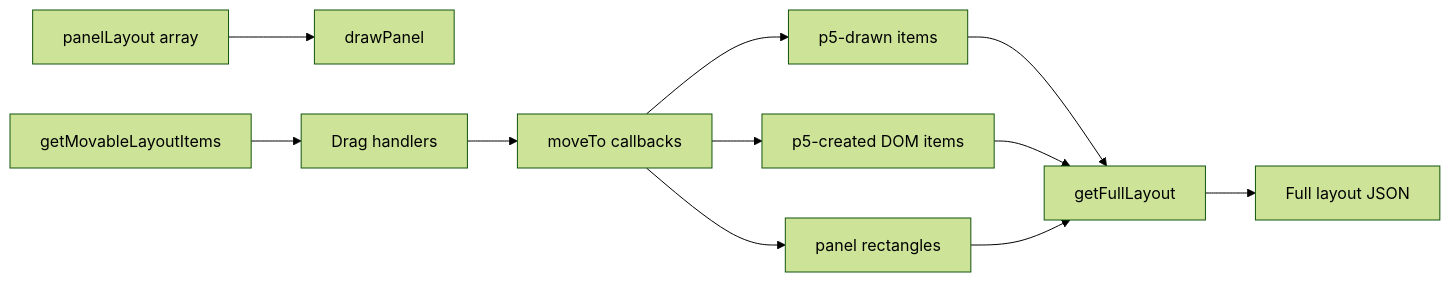
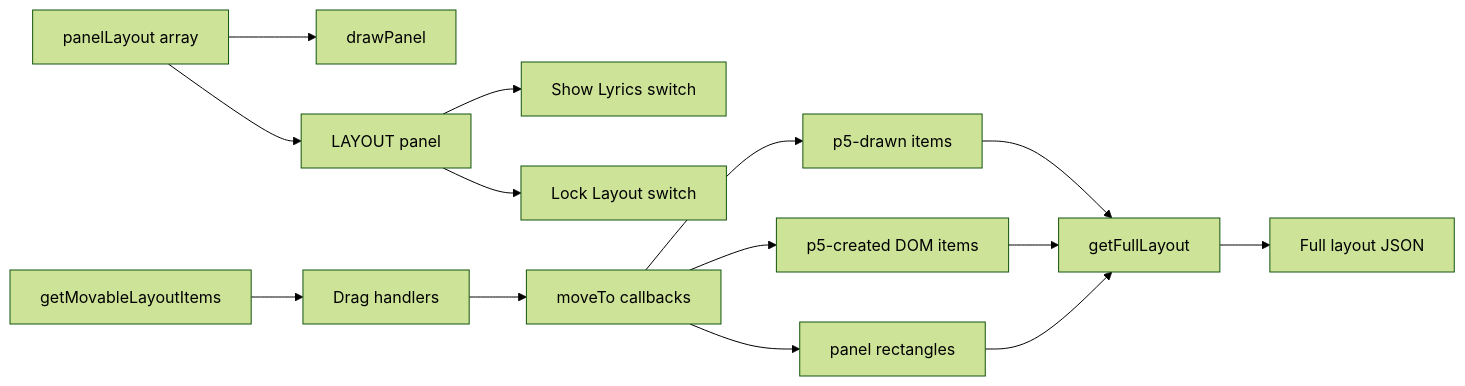
The ninth of 11 diagrams in doc/diagrams.md (Leorivasc/neon_deck), drawn with Mermaid (forest theme) before and after one commit. The commit also changed other lines of this file and 2 other files, not shown here.

````diff
--- a/doc/diagrams.md
+++ b/doc/diagrams.md
@@ -193,14 +214,17 @@
 ```mermaid
 flowchart LR
     PanelLayout[panelLayout array] --> DrawPanels[drawPanel]
+    PanelLayout --> LayoutTools[LAYOUT panel]
+    LayoutTools --> ShowLyrics[Show Lyrics switch]
+    LayoutTools --> LockLayout[Lock Layout switch]
     Movables[getMovableLayoutItems] --> Drag[Drag handlers]
     Drag --> Apply[moveTo callbacks]
     Apply --> P5Items[p5-drawn items]
     Apply --> DomItems[p5-created DOM items]
     Apply --> Panels[panel rectangles]
 
     P5Items --> Full[getFullLayout]
     DomItems --> Full
     Panels --> Full
     Full --> Console[Full layout JSON]
 ```
````
